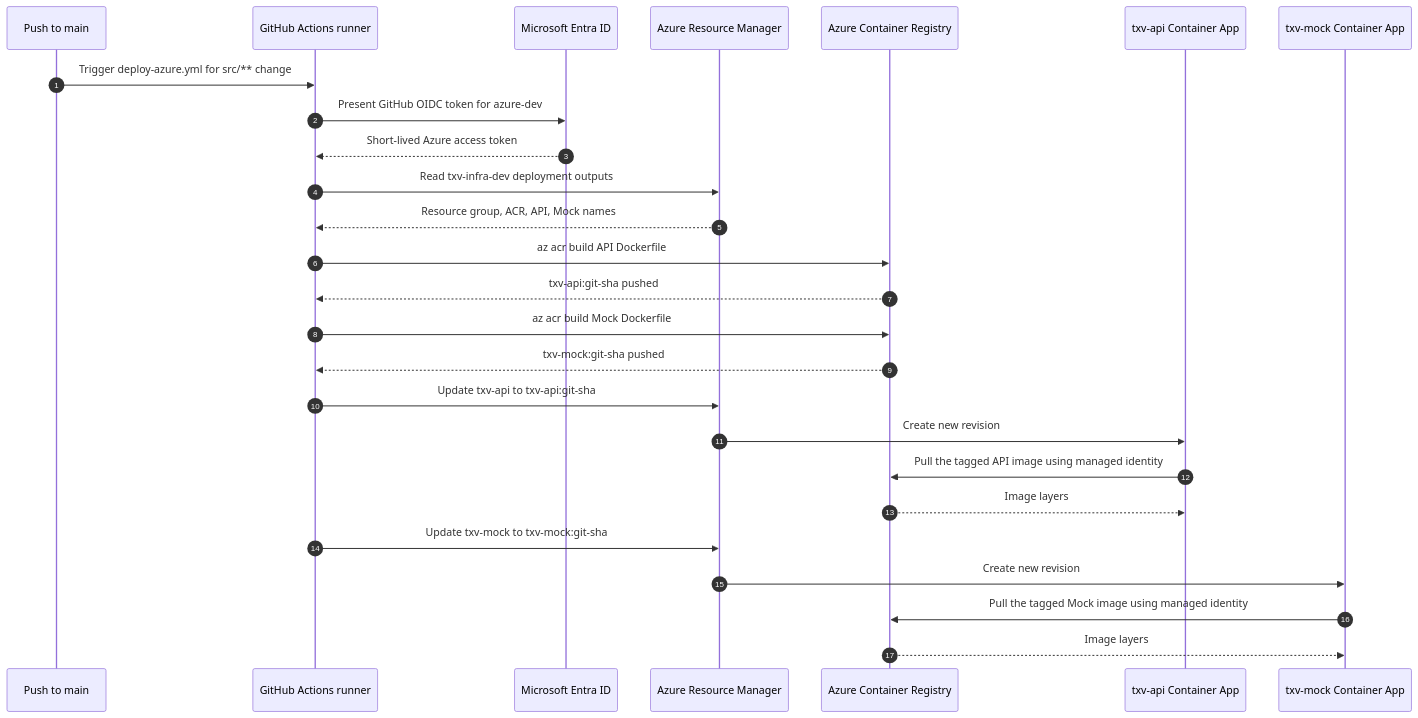
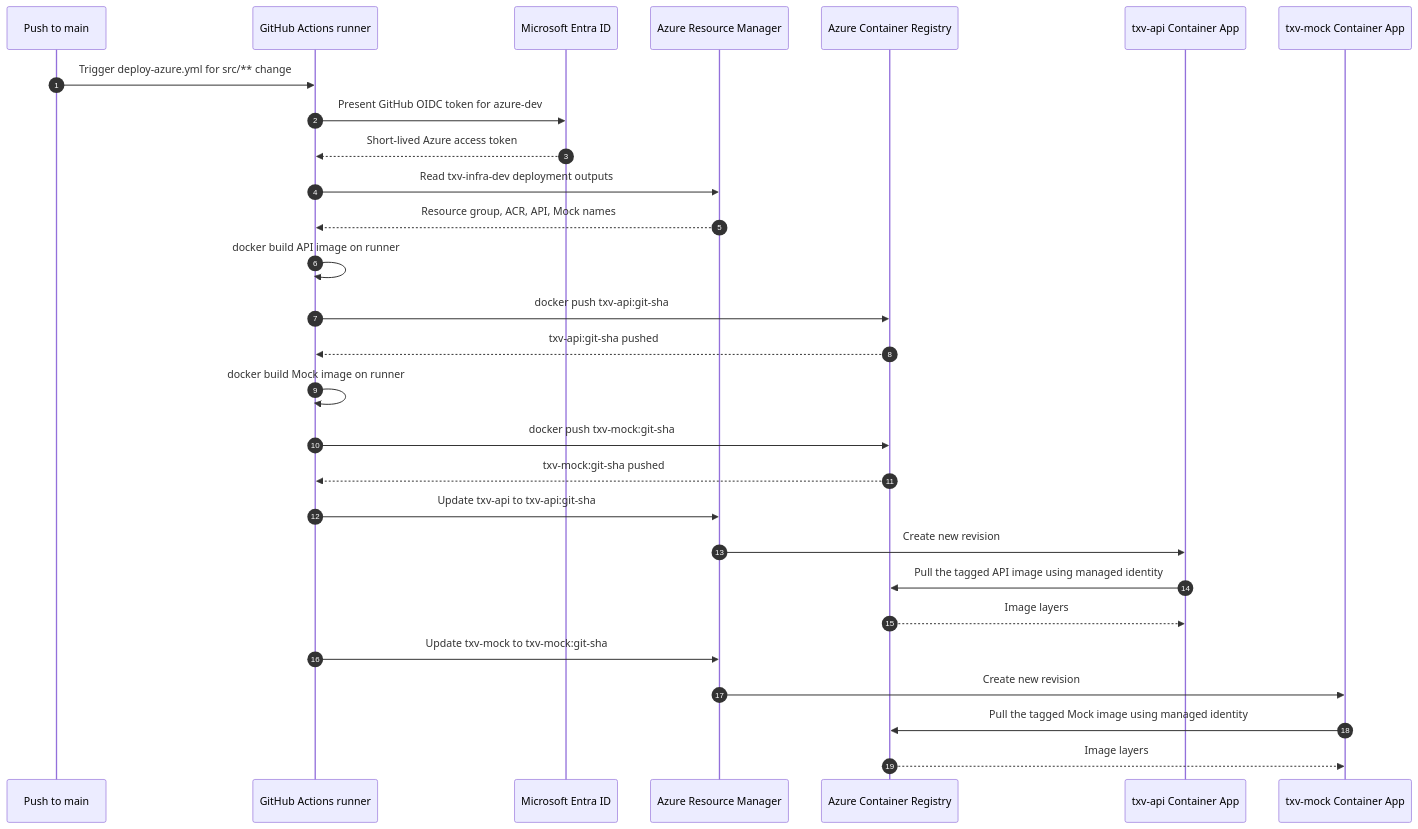
One commit to haudtech/transaction-validation changed the fourth of 6 diagrams in docs/azure_deployment/oidc_workflow_diagrams.md. Above: the diagram before and after it, drawn with Mermaid. The commit also changed other lines of this file and 4 other files, not shown here.

````diff
--- a/docs/azure_deployment/oidc_workflow_diagrams.md
+++ b/docs/azure_deployment/oidc_workflow_diagrams.md
@@ -99,33 +104,35 @@
 ```mermaid
 sequenceDiagram
     autonumber
     participant Push as Push to main
     participant GH as GitHub Actions runner
     participant Entra as Microsoft Entra ID
     participant ARM as Azure Resource Manager
     participant ACR as Azure Container Registry
     participant API as txv-api Container App
     participant Mock as txv-mock Container App
 
     Push->>GH: Trigger deploy-azure.yml for src/** change
     GH->>Entra: Present GitHub OIDC token for azure-dev
     Entra-->>GH: Short-lived Azure access token
 
     GH->>ARM: Read txv-infra-dev deployment outputs
     ARM-->>GH: Resource group, ACR, API, Mock names
 
-    GH->>ACR: az acr build API Dockerfile
+    GH->>GH: docker build API image on runner
+    GH->>ACR: docker push txv-api:git-sha
     ACR-->>GH: txv-api:git-sha pushed
-    GH->>ACR: az acr build Mock Dockerfile
+    GH->>GH: docker build Mock image on runner
+    GH->>ACR: docker push txv-mock:git-sha
     ACR-->>GH: txv-mock:git-sha pushed
 
     GH->>ARM: Update txv-api to txv-api:git-sha
     ARM->>API: Create new revision
     API->>ACR: Pull the tagged API image using managed identity
     ACR-->>API: Image layers
 
     GH->>ARM: Update txv-mock to txv-mock:git-sha
     ARM->>Mock: Create new revision
     Mock->>ACR: Pull the tagged Mock image using managed identity
     ACR-->>Mock: Image layers
 ```
````
